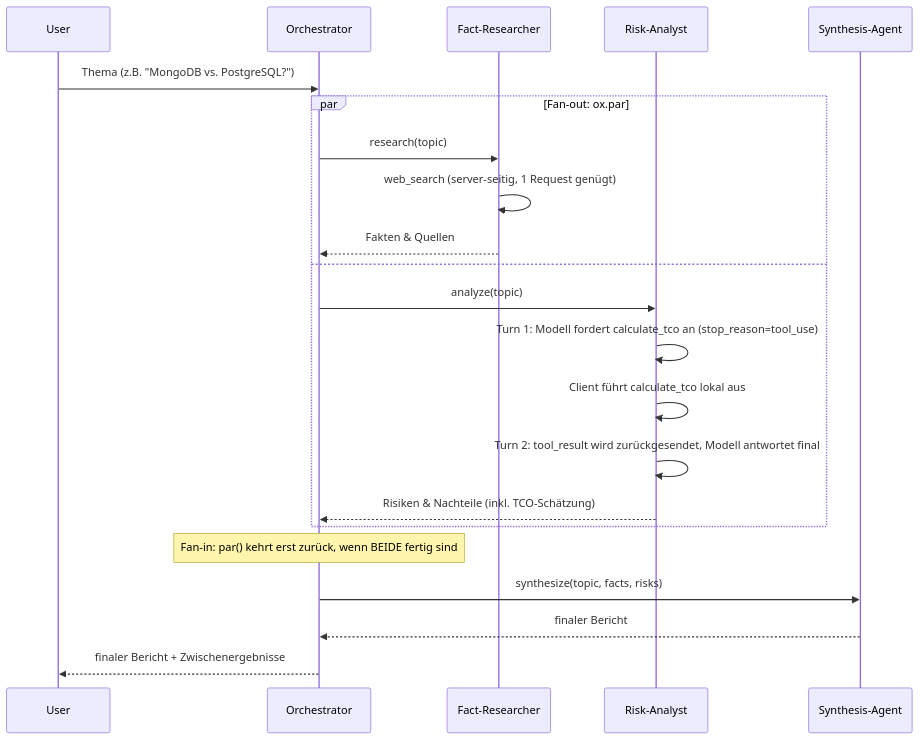
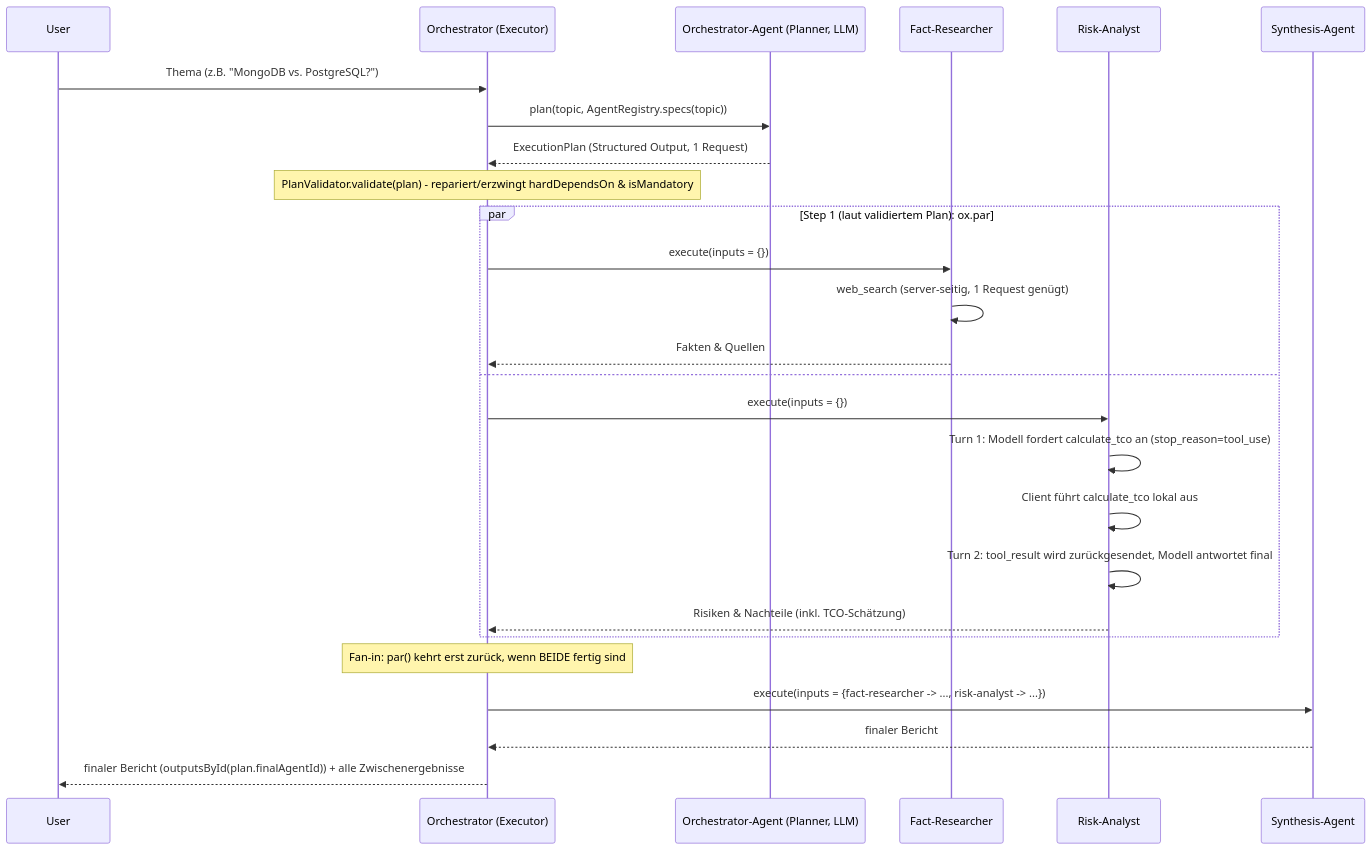
Before and after one commit to GuntherW/scala-cheatsheet: the first of 3 diagrams in cli/multi-agent-system_agentic_orchestrator/README.md, drawn with Mermaid. The commit also changed other lines of this file and 14 other files, not shown here.

````diff
--- a/cli/multi-agent-system_agentic_orchestrator/README.md
+++ b/cli/multi-agent-system_agentic_orchestrator/README.md
@@ -41,24 +96,28 @@
 ```mermaid
 sequenceDiagram
     participant U as User
-    participant O as Orchestrator
+    participant O as Orchestrator (Executor)
+    participant P as Orchestrator-Agent (Planner, LLM)
     participant F as Fact-Researcher
     participant R as Risk-Analyst
     participant S as Synthesis-Agent
     U ->> O: Thema (z.B. "MongoDB vs. PostgreSQL?")
-    par Fan-out: ox.par
-        O ->> F: research(topic)
+    O ->> P: plan(topic, AgentRegistry.specs(topic))
+    P -->> O: ExecutionPlan (Structured Output, 1 Request)
+    Note over O: PlanValidator.validate(plan) - repariert/erzwingt hardDependsOn & isMandatory
+    par Step 1 (laut validiertem Plan): ox.par
+        O ->> F: execute(inputs = {})
         F ->> F: web_search (server-seitig, 1 Request genügt)
         F -->> O: Fakten & Quellen
     and
-        O ->> R: analyze(topic)
+        O ->> R: execute(inputs = {})
         R ->> R: Turn 1: Modell fordert calculate_tco an (stop_reason=tool_use)
         R ->> R: Client führt calculate_tco lokal aus
         R ->> R: Turn 2: tool_result wird zurückgesendet, Modell antwortet final
         R -->> O: Risiken & Nachteile (inkl. TCO-Schätzung)
     end
     Note over O: Fan-in: par() kehrt erst zurück, wenn BEIDE fertig sind
-    O ->> S: synthesize(topic, facts, risks)
+    O ->> S: execute(inputs = {fact-researcher -> ..., risk-analyst -> ...})
     S -->> O: finaler Bericht
-    O -->> U: finaler Bericht + Zwischenergebnisse
+    O -->> U: finaler Bericht (outputsById(plan.finalAgentId)) + alle Zwischenergebnisse
 ```
````
